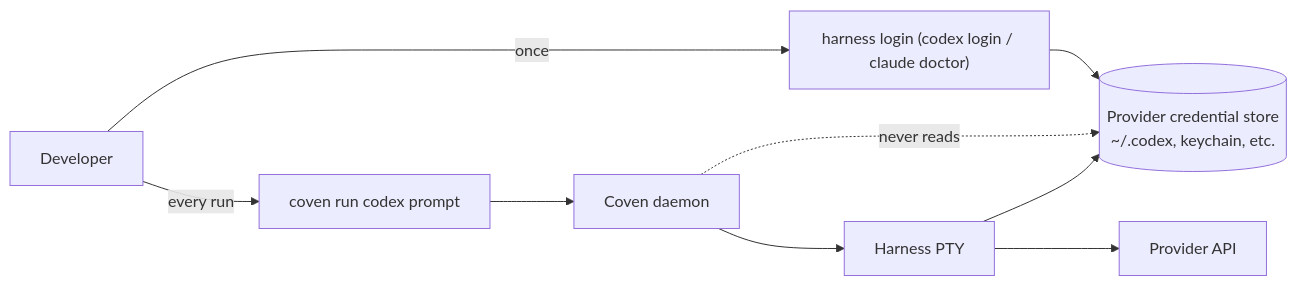
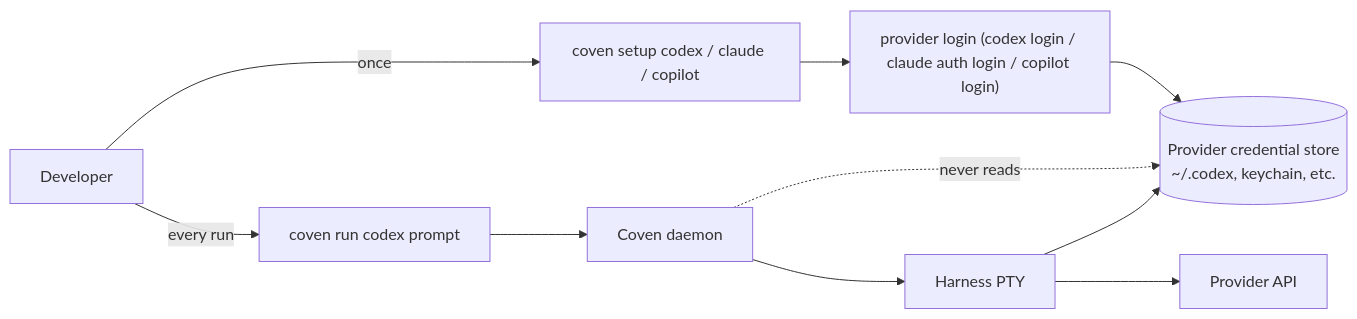
The diagram in docs/harnesses/provider-auth.md (OpenCoven/coven), drawn with Mermaid before and after one commit. The commit also changed other lines of this file and 18 other files, not shown here.

Commit message:
docs: reconcile setup and Doctor guidance

````diff
--- a/docs/harnesses/provider-auth.md
+++ b/docs/harnesses/provider-auth.md
@@ -22,12 +22,13 @@
 ```mermaid
 flowchart LR
-  User[Developer] -->|once| HarnessLogin["harness login (codex login / claude doctor)"]
+  User[Developer] -->|once| CovenSetup["coven setup codex / claude / copilot"]
+  CovenSetup --> HarnessLogin["provider login (codex login / claude auth login / copilot login)"]
   HarnessLogin --> HarnessStore[("Provider credential store\n~/.codex, keychain, etc.")]
 
   User -->|every run| CovenRun["coven run codex prompt"]
   CovenRun --> Daemon[Coven daemon]
   Daemon -.->|never reads| HarnessStore
   Daemon --> PTY[Harness PTY]
   PTY --> HarnessStore
   PTY --> Provider[Provider API]
 ```
````
